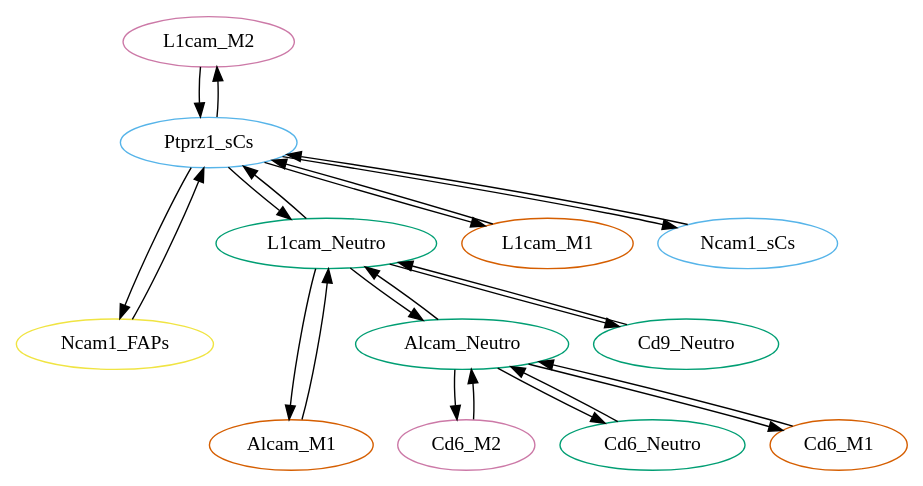
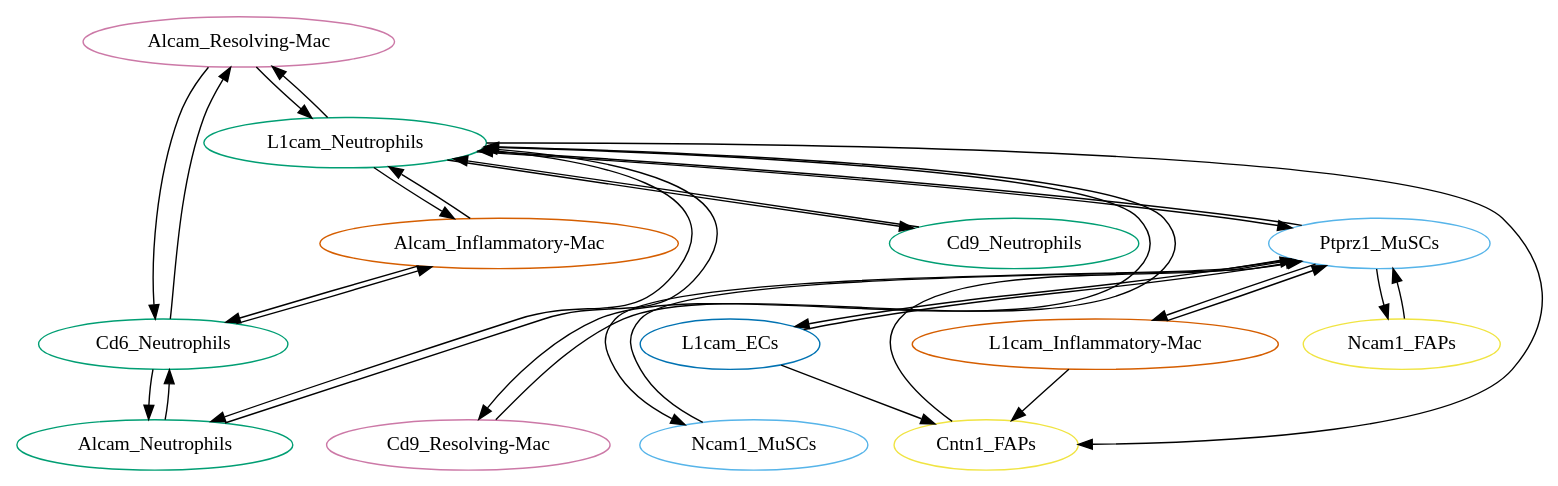
One commit to LeGrand-Lab/BulkAnalysis_plusNetwork changed the diagram in networks_explore/propertiesYoung/dir_compo_D2.dot. Above: the diagram before and after it, drawn with Graphviz. The commit also changed 25444 other files, not shown here.

```diff
--- a/networks_explore/propertiesYoung/dir_compo_D2.dot
+++ b/networks_explore/propertiesYoung/dir_compo_D2.dot
@@ -1,128 +1,157 @@
 strict digraph "" {
-	L1cam_M2	[averagexp=0.1204713868104106,
-		celltype=M2,
+	"Alcam_Resolving-Mac"	[celltype="Resolving-Mac",
 		color="#CC79A7",
+		genesym=Alcam,
+		nodetype=receiver,
+		specificity=0.1647389374732149];
+	L1cam_Neutrophils	[celltype=Neutrophils,
+		color="#009E73",
 		genesym=L1cam,
-		nodetype=sender];
-	Ptprz1_sCs	[averagexp=0.9959894310315418,
-		celltype=sCs,
+		nodetype=receiver,
+		specificity=0.6080317382054886];
+	"Alcam_Resolving-Mac" -> L1cam_Neutrophils	[ecolor="#CC79A7",
+		origtype="Alcam_Resolving-Mac",
+		weight=0.1001665025019642];
+	Cd6_Neutrophils	[celltype=Neutrophils,
+		color="#009E73",
+		genesym=Cd6,
+		nodetype=sender,
+		specificity=0.7609106647367928];
+	"Alcam_Resolving-Mac" -> Cd6_Neutrophils	[ecolor="#CC79A7",
+		origtype="Alcam_Resolving-Mac",
+		weight=0.1253516144207769];
+	"Alcam_Inflammatory-Mac"	[celltype="Inflammatory-Mac",
+		color="#D55E00",
+		genesym=Alcam,
+		nodetype=receiver,
+		specificity=0.3219883503699801];
+	"Alcam_Inflammatory-Mac" -> L1cam_Neutrophils	[ecolor="#D55E00",
+		origtype="Alcam_Inflammatory-Mac",
+		weight=0.1957791363573769];
+	"Alcam_Inflammatory-Mac" -> Cd6_Neutrophils	[ecolor="#D55E00",
+		origtype="Alcam_Inflammatory-Mac",
+		weight=0.2450043697175249];
+	Ncam1_MuSCs	[celltype=MuSCs,
+		color="#56B4E9",
+		genesym=Ncam1,
+		nodetype=sender,
+		specificity=0.6184839868322428];
+	Ptprz1_MuSCs	[celltype=MuSCs,
 		color="#56B4E9",
 		genesym=Ptprz1,
-		nodetype=receiver];
-	L1cam_M2 -> Ptprz1_sCs	[ecolor="#CC79A7",
-		origtype=L1cam_M2,
-		weight=0.1199882280048816];
-	Ncam1_FAPs	[averagexp=0.1379997063732729,
-		celltype=FAPs,
+		nodetype=receiver,
+		specificity=0.9457805449469654];
+	Ncam1_MuSCs -> Ptprz1_MuSCs	[ecolor="#56B4E9",
+		origtype=Ncam1_MuSCs,
+		weight=0.5849501221071703];
+	Ncam1_FAPs	[celltype=FAPs,
 		color="#F0E442",
 		genesym=Ncam1,
-		nodetype=sender];
-	Ncam1_FAPs -> Ptprz1_sCs	[ecolor="#F0E442",
+		nodetype=sender,
+		specificity=0.3282159160005915];
+	Ncam1_FAPs -> Ptprz1_MuSCs	[ecolor="#F0E442",
 		origtype=Ncam1_FAPs,
-		weight=0.1374462490332359];
-	Alcam_M1	[averagexp=0.2055036229516214,
-		celltype=M1,
+		weight=0.3104202278953069];
+	"L1cam_Inflammatory-Mac"	[celltype="Inflammatory-Mac",
 		color="#D55E00",
-		genesym=Alcam,
-		nodetype=receiver];
-	L1cam_Neutro	[averagexp=0.6001194137310196,
-		celltype=Neutro,
-		color="#009E73",
 		genesym=L1cam,
-		nodetype=receiver];
-	Alcam_M1 -> L1cam_Neutro	[ecolor="#D55E00",
-		origtype=Alcam_M1,
-		weight=0.1233267137253276];
-	Cd6_M2	[averagexp=0.48106735043112897,
-		celltype=M2,
-		color="#CC79A7",
-		genesym=Cd6,
-		nodetype=sender];
-	Alcam_Neutro	[averagexp=0.6403748468449697,
-		celltype=Neutro,
+		nodetype=sender,
+		specificity=0.1087809232135948];
+	Cntn1_FAPs	[celltype=FAPs,
+		color="#F0E442",
+		genesym=Cntn1,
+		nodetype=receiver,
+		specificity=1.0];
+	"L1cam_Inflammatory-Mac" -> Cntn1_FAPs	[ecolor="#D55E00",
+		origtype="L1cam_Inflammatory-Mac",
+		weight=0.1087809232135948];
+	"L1cam_Inflammatory-Mac" -> Ptprz1_MuSCs	[ecolor="#D55E00",
+		origtype="L1cam_Inflammatory-Mac",
+		weight=0.1028828808367877];
+	Alcam_Neutrophils	[celltype=Neutrophils,
 		color="#009E73",
 		genesym=Alcam,
-		nodetype=receiver];
-	Cd6_M2 -> Alcam_Neutro	[ecolor="#CC79A7",
-		origtype=Cd6_M2,
-		weight=0.3080634308544496];
-	Ptprz1_sCs -> L1cam_M2	[ecolor="#56B4E9",
-		origtype=Ptprz1_sCs,
-		weight=0.1199882280048816];
-	Ptprz1_sCs -> Ncam1_FAPs	[ecolor="#56B4E9",
-		origtype=Ptprz1_sCs,
-		weight=0.1374462490332359];
-	L1cam_M1	[averagexp=0.1156148703038507,
-		celltype=M1,
-		color="#D55E00",
-		genesym=L1cam,
-		nodetype=sender];
-	Ptprz1_sCs -> L1cam_M1	[ecolor="#56B4E9",
-		origtype=Ptprz1_sCs,
-		weight=0.1151511888927177];
-	Ncam1_sCs	[averagexp=0.8424246824416953,
-		celltype=sCs,
-		color="#56B4E9",
-		genesym=Ncam1,
-		nodetype=sender];
-	Ptprz1_sCs -> Ncam1_sCs	[ecolor="#56B4E9",
-		origtype=Ptprz1_sCs,
-		weight=0.8390460801520314];
-	Ptprz1_sCs -> L1cam_Neutro	[ecolor="#56B4E9",
-		origtype=Ptprz1_sCs,
-		weight=0.5977125934329407];
-	L1cam_M1 -> Ptprz1_sCs	[ecolor="#D55E00",
-		origtype=L1cam_M1,
-		weight=0.1151511888927177];
-	Cd9_Neutro	[averagexp=0.5163587365336566,
-		celltype=Neutro,
+		nodetype=receiver,
+		specificity=0.4948854644949822];
+	Alcam_Neutrophils -> L1cam_Neutrophils	[ecolor="#009E73",
+		origtype=Alcam_Neutrophils,
+		weight=0.3009060691895146];
+	Alcam_Neutrophils -> Cd6_Neutrophils	[ecolor="#009E73",
+		origtype=Alcam_Neutrophils,
+		weight=0.3765636277574533];
+	"Cd9_Resolving-Mac"	[celltype="Resolving-Mac",
+		color="#CC79A7",
+		genesym=Cd9,
+		nodetype=sender,
+		specificity=0.213112216726851];
+	"Cd9_Resolving-Mac" -> L1cam_Neutrophils	[ecolor="#CC79A7",
+		origtype="Cd9_Resolving-Mac",
+		weight=0.129578991569252];
+	L1cam_Neutrophils -> "Alcam_Resolving-Mac"	[ecolor="#009E73",
+		origtype=L1cam_Neutrophils,
+		weight=0.1001665025019642];
+	L1cam_Neutrophils -> "Alcam_Inflammatory-Mac"	[ecolor="#009E73",
+		origtype=L1cam_Neutrophils,
+		weight=0.1957791363573769];
+	L1cam_Neutrophils -> Alcam_Neutrophils	[ecolor="#009E73",
+		origtype=L1cam_Neutrophils,
+		weight=0.3009060691895146];
+	L1cam_Neutrophils -> "Cd9_Resolving-Mac"	[ecolor="#009E73",
+		origtype=L1cam_Neutrophils,
+		weight=0.129578991569252];
+	Cd9_Neutrophils	[celltype=Neutrophils,
 		color="#009E73",
 		genesym=Cd9,
-		nodetype=sender];
-	Cd9_Neutro -> L1cam_Neutro	[ecolor="#009E73",
-		origtype=Cd9_Neutro,
-		weight=0.30987690224346803];
-	Cd6_Neutro	[averagexp=0.3071041875047202,
-		celltype=Neutro,
-		color="#009E73",
-		genesym=Cd6,
-		nodetype=sender];
-	Cd6_Neutro -> Alcam_Neutro	[ecolor="#009E73",
-		origtype=Cd6_Neutro,
-		weight=0.1966617970387841];
-	Ncam1_sCs -> Ptprz1_sCs	[ecolor="#56B4E9",
-		origtype=Ncam1_sCs,
-		weight=0.8390460801520314];
-	Cd6_M1	[averagexp=0.1662542343845843,
-		celltype=M1,
-		color="#D55E00",
-		genesym=Cd6,
-		nodetype=sender];
-	Cd6_M1 -> Alcam_Neutro	[ecolor="#D55E00",
-		origtype=Cd6_M1,
-		weight=0.1064650298813559];
-	Alcam_Neutro -> Cd6_M2	[ecolor="#009E73",
-		origtype=Alcam_Neutro,
-		weight=0.3080634308544496];
-	Alcam_Neutro -> Cd6_Neutro	[ecolor="#009E73",
-		origtype=Alcam_Neutro,
-		weight=0.1966617970387841];
-	Alcam_Neutro -> Cd6_M1	[ecolor="#009E73",
-		origtype=Alcam_Neutro,
-		weight=0.1064650298813559];
-	Alcam_Neutro -> L1cam_Neutro	[ecolor="#009E73",
-		origtype=Alcam_Neutro,
-		weight=0.3843013776566947];
-	L1cam_Neutro -> Alcam_M1	[ecolor="#009E73",
-		origtype=L1cam_Neutro,
-		weight=0.1233267137253276];
-	L1cam_Neutro -> Ptprz1_sCs	[ecolor="#009E73",
-		origtype=L1cam_Neutro,
-		weight=0.5977125934329407];
-	L1cam_Neutro -> Cd9_Neutro	[ecolor="#009E73",
-		origtype=L1cam_Neutro,
-		weight=0.30987690224346803];
-	L1cam_Neutro -> Alcam_Neutro	[ecolor="#009E73",
-		origtype=L1cam_Neutro,
-		weight=0.3843013776566947];
+		nodetype=sender,
+		specificity=0.4947812282762492];
+	L1cam_Neutrophils -> Cd9_Neutrophils	[ecolor="#009E73",
+		origtype=L1cam_Neutrophils,
+		weight=0.3008426902602545];
+	L1cam_Neutrophils -> Cntn1_FAPs	[ecolor="#009E73",
+		origtype=L1cam_Neutrophils,
+		weight=0.6080317382054886];
+	L1cam_Neutrophils -> Ptprz1_MuSCs	[ecolor="#009E73",
+		origtype=L1cam_Neutrophils,
+		weight=0.5750645887050376];
+	Cd6_Neutrophils -> "Alcam_Resolving-Mac"	[ecolor="#009E73",
+		origtype=Cd6_Neutrophils,
+		weight=0.1253516144207769];
+	Cd6_Neutrophils -> "Alcam_Inflammatory-Mac"	[ecolor="#009E73",
+		origtype=Cd6_Neutrophils,
+		weight=0.2450043697175249];
+	Cd6_Neutrophils -> Alcam_Neutrophils	[ecolor="#009E73",
+		origtype=Cd6_Neutrophils,
+		weight=0.3765636277574533];
+	Cd9_Neutrophils -> L1cam_Neutrophils	[ecolor="#009E73",
+		origtype=Cd9_Neutrophils,
+		weight=0.3008426902602545];
+	L1cam_ECs	[celltype=ECs,
+		color="#0072B2",
+		genesym=L1cam,
+		nodetype=sender,
+		specificity=0.1245005002255258];
+	L1cam_ECs -> Cntn1_FAPs	[ecolor="#0072B2",
+		origtype=L1cam_ECs,
+		weight=0.1245005002255258];
+	L1cam_ECs -> Ptprz1_MuSCs	[ecolor="#0072B2",
+		origtype=L1cam_ECs,
+		weight=0.1177501509494676];
+	Cntn1_FAPs -> Ptprz1_MuSCs	[ecolor="#F0E442",
+		origtype=Cntn1_FAPs,
+		weight=0.9457805449469654];
+	Ptprz1_MuSCs -> Ncam1_MuSCs	[ecolor="#56B4E9",
+		origtype=Ptprz1_MuSCs,
+		weight=0.5849501221071703];
+	Ptprz1_MuSCs -> Ncam1_FAPs	[ecolor="#56B4E9",
+		origtype=Ptprz1_MuSCs,
+		weight=0.3104202278953069];
+	Ptprz1_MuSCs -> "L1cam_Inflammatory-Mac"	[ecolor="#56B4E9",
+		origtype=Ptprz1_MuSCs,
+		weight=0.1028828808367877];
+	Ptprz1_MuSCs -> L1cam_Neutrophils	[ecolor="#56B4E9",
+		origtype=Ptprz1_MuSCs,
+		weight=0.5750645887050376];
+	Ptprz1_MuSCs -> L1cam_ECs	[ecolor="#56B4E9",
+		origtype=Ptprz1_MuSCs,
+		weight=0.1177501509494676];
 }
```
